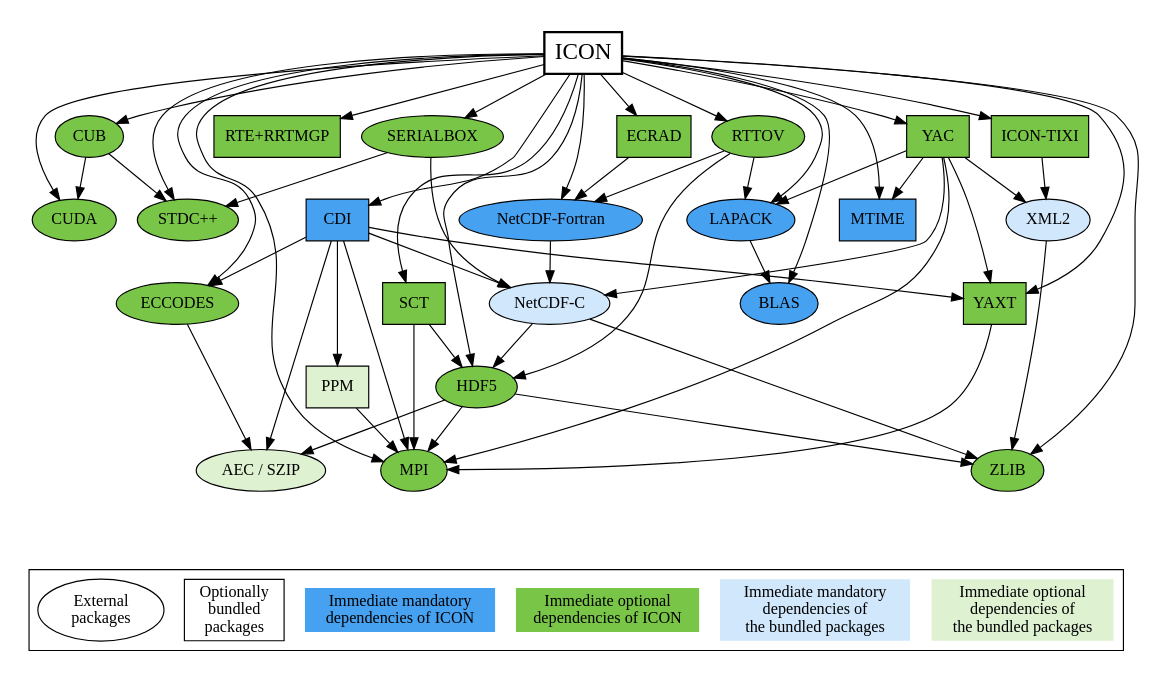
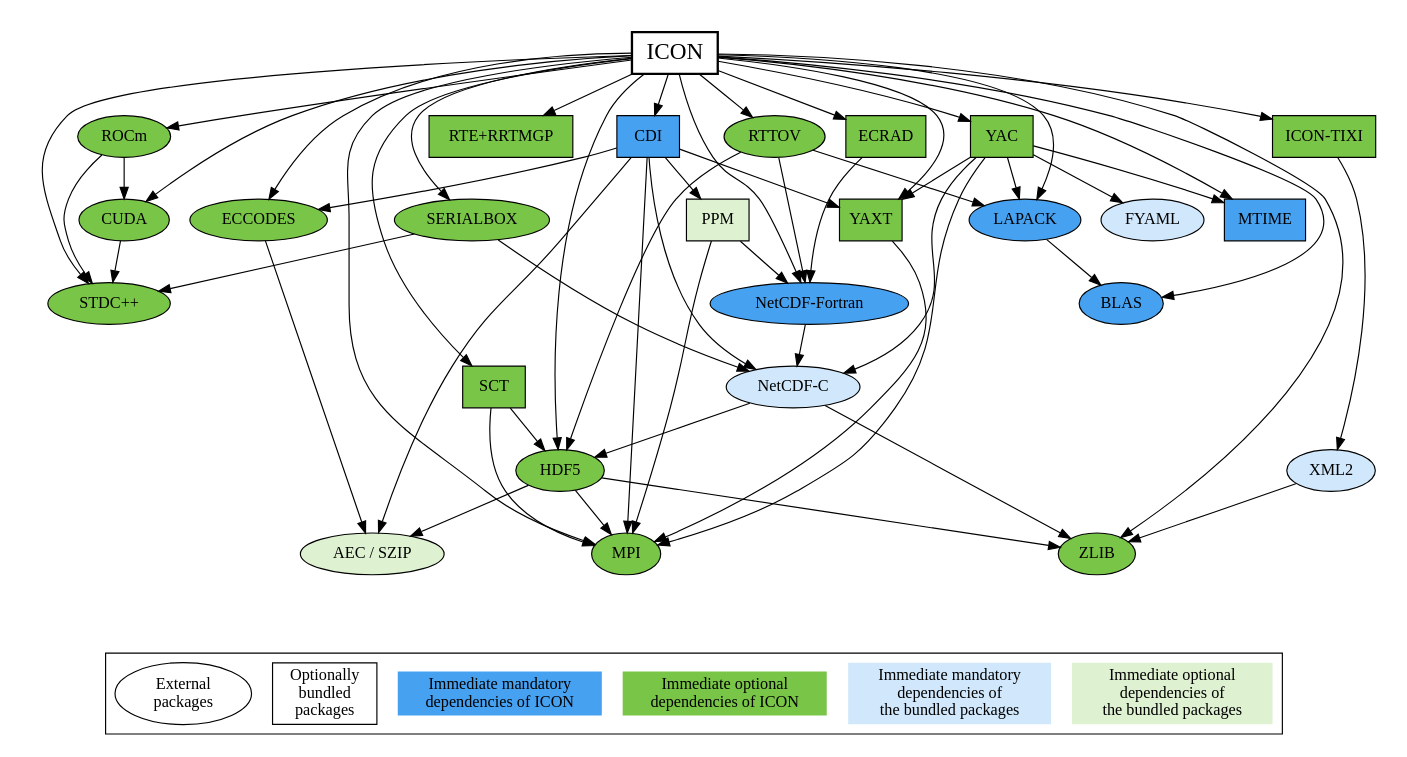
One commit to ppothapa/Coupled_ICON changed the diagram in doc/config/icon-config-doc-depgraph.dot. Above: the diagram before and after it, drawn with Graphviz. The commit also changed 7 other files, not shown here.

```diff
--- a/doc/config/icon-config-doc-depgraph.dot
+++ b/doc/config/icon-config-doc-depgraph.dot
@@ -1,100 +1,104 @@
 digraph ICON {
 
-	node [style=filled; shape=oval; fontname="italic"; fillcolor="#79C547"];
+	node [style=filled; shape=oval; fillcolor="#79C547"];
 
 	subgraph clusterMain {
 
 		graph [peripheries=0];
 
 		"ICON" [shape=box; fillcolor=white; fontsize=20; penwidth=2.0];
-		"ICON" -> {"STDC++"; "CUDA"; "CUB"; "MPI"; "NetCDF-Fortran"; "RTE+RRTMGP";
-			       "ECRAD"; "RTTOV"; "SCT"; "YAXT"; "CDI"; "SERIALBOX";
-			       "MTIME"; "BLAS"; "LAPACK"; "YAC"; "ICON-TIXI";
-			       "ECCODES"; "HDF5"; "ZLIB"};
+		"ICON" -> {"STDC++"; "CUDA"; "ROCm"; "MPI"; "ZLIB"; "HDF5";
+			       "NetCDF-Fortran"; "RTE+RRTMGP"; "ECRAD"; "BLAS";
+			       "LAPACK"; "RTTOV"; "SCT"; "YAXT"; "ECCODES";
+			       "CDI"; "SERIALBOX"; "MTIME"; "YAC"; "ICON-TIXI"};
 
 		"STDC++";
 
 		"CUDA";
+		"CUDA" -> {"STDC++"};
 
-		"CUB";
-		"CUB" -> {"CUDA"; "STDC++"};
+		"ROCm";
+		"ROCm" -> {"STDC++"; "CUDA"};
 
 		"MPI";
+
+		"ZLIB";
+
+		"HDF5";
+		"HDF5" -> {"MPI"; "ZLIB"; "AEC / SZIP"};
 
 		"NetCDF-Fortran" [shape=oval; fillcolor="#47A1F1"]
 		"NetCDF-Fortran" -> {"NetCDF-C"};
 
 		"RTE+RRTMGP" [shape=box];
 
 		"ECRAD" [shape=box];
 		"ECRAD" -> {"NetCDF-Fortran"};
 
+		"BLAS" [fillcolor="#47A1F1"];
+
+		"LAPACK" [fillcolor="#47A1F1"];
+		"LAPACK" -> {"BLAS"};
+
 		"RTTOV";
-		"RTTOV" -> {"NetCDF-Fortran"; "LAPACK"; "HDF5"};
+		"RTTOV" -> {"HDF5"; "NetCDF-Fortran"; "LAPACK"};
 
 		"SCT" [shape=box];
 		"SCT" -> {"MPI"; "HDF5"};
 
 		"YAXT" [shape=box];
 		"YAXT" -> {"MPI"};
 
+		"ECCODES";
+		"ECCODES" -> {"AEC / SZIP"};
+
 		"CDI" [shape=box; fillcolor="#47A1F1"];
-		"CDI" -> {"MPI"; "YAXT"; "PPM"; "ECCODES"; "NetCDF-C"; "AEC / SZIP"};
-
-		"PPM" [shape=box; fillcolor="#DEF1D1"];
-		"PPM" -> {"MPI"};
+		"CDI" -> {"MPI"; "YAXT"; "ECCODES"; "AEC / SZIP"; "NetCDF-C"; "PPM"};
 
 		"SERIALBOX";
 		"SERIALBOX" -> {"STDC++"; "NetCDF-C"};
 
 		"MTIME" [shape=box; fillcolor="#47A1F1"];
 
-		"BLAS" [fillcolor="#47A1F1"];
-
-		"LAPACK" [fillcolor="#47A1F1"];
-		"LAPACK" -> {"BLAS"};
-
 		"YAC" [shape=box];
-		"YAC" -> {"MPI"; "YAXT"; "MTIME"; "LAPACK"; "NetCDF-C"; "XML2"};
+		"YAC" -> {"MPI"; "LAPACK"; "YAXT"; "MTIME"; "NetCDF-C"; "FYAML"};
 
 		"ICON-TIXI" [shape=box];
 		"ICON-TIXI" -> {"XML2"};
 
-		"ECCODES";
-		"ECCODES" -> {"AEC / SZIP"};
-
-		"HDF5";
-		"HDF5" -> {"MPI"; "ZLIB"; "AEC / SZIP"};
-
-		"ZLIB";
+		"AEC / SZIP" [fillcolor="#DEF1D1"];
+		"AEC / SZIP";
 
 		"NetCDF-C" [fillcolor="#D1E8FC"];
-		"NetCDF-C" -> {"HDF5"; "ZLIB"};
+		"NetCDF-C" -> {"ZLIB"; "HDF5"};
 
-		"AEC / SZIP" [fillcolor="#DEF1D1"];
-		"AEC / SZIP";
+		"PPM" [shape=box; fillcolor="#DEF1D1"];
+		"PPM" -> {"MPI"; "NetCDF-Fortran"};
+
+		"FYAML" [fillcolor="#D1E8FC"];
+		"FYAML";
 
 		"XML2" [fillcolor="#D1E8FC"];
 		"XML2" -> {"ZLIB"};
 
 		{
 			rank=sink;
 			bottomNode [shape=point; style=invis];
 		}
 	}
 
 	subgraph clusterLegend {
 		{
 			rank=same;
 			external -> bundled -> mandatoryIcon -> optionalIcon -> mandatoryBundled -> optionalBundled [style=invis];
 			external [label="External\npackages"; fillcolor=white];
 			bundled [label="Optionally\nbundled\npackages"; shape=box; fillcolor=white];
 			mandatoryIcon [label="Immediate mandatory\ndependencies of ICON"; shape=plaintext; fillcolor="#47A1F1"];
 			optionalIcon [label="Immediate optional\ndependencies of ICON"; shape=plaintext];
 			mandatoryBundled [label="Immediate mandatory\ndependencies of\nthe bundled packages"; shape=plaintext; fillcolor="#D1E8FC"];
 			optionalBundled [label="Immediate optional\ndependencies of\nthe bundled packages"; shape=plaintext; fillcolor="#DEF1D1"];
 		}
 	}
 
 	bottomNode -> external:nw [style=invis];
 }
```
